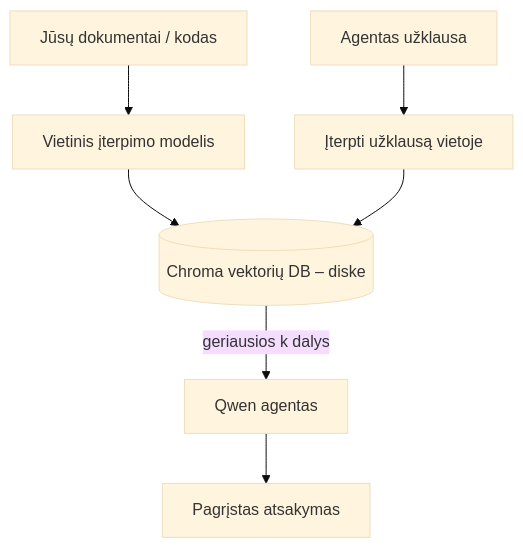
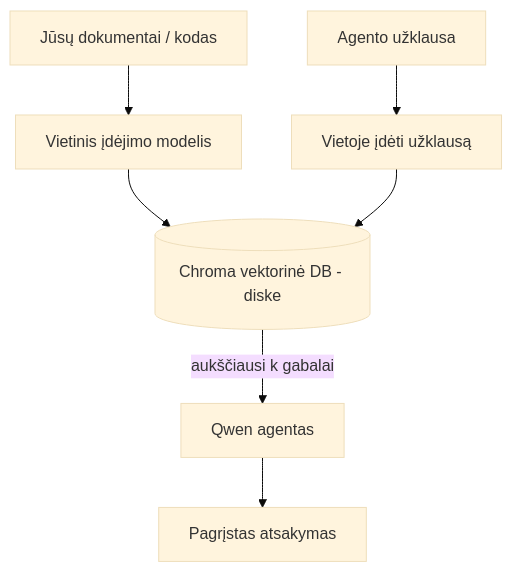
Before and after one commit to gabrielmoreira/agent-skills-mirror: the third of 4 diagrams in mirrors/repos/microsoft@ai-agents-for-beginners/translations/lt/17-creating-local-ai-agents/README.md, drawn with Mermaid (base theme). The commit also changed other lines of this file and 4262 other files, not shown here.

````diff
--- a/mirrors/repos/microsoft@ai-agents-for-beginners/translations/lt/17-creating-local-ai-agents/README.md
+++ b/mirrors/repos/microsoft@ai-agents-for-beginners/translations/lt/17-creating-local-ai-agents/README.md
@@ -125,9 +125,9 @@
 ```mermaid
 flowchart TB
-    D[Jūsų dokumentai / kodas] --> E[Vietinis įterpimo modelis]
-    E --> V[(Chroma vektorių DB – diske)]
-    Q[Agentas užklausa] --> QE[Įterpti užklausą vietoje]
+    D[Jūsų dokumentai / kodas] --> E[Vietinis įdėjimo modelis]
+    E --> V[(Chroma vektorinė DB - diske)]
+    Q[Agento užklausa] --> QE[Vietoje įdėti užklausą]
     QE --> V
-    V -->|geriausios k dalys| A[Qwen agentas]
+    V -->|aukščiausi k gabalai| A[Qwen agentas]
     A --> Ans[Pagrįstas atsakymas]
 ```
````
